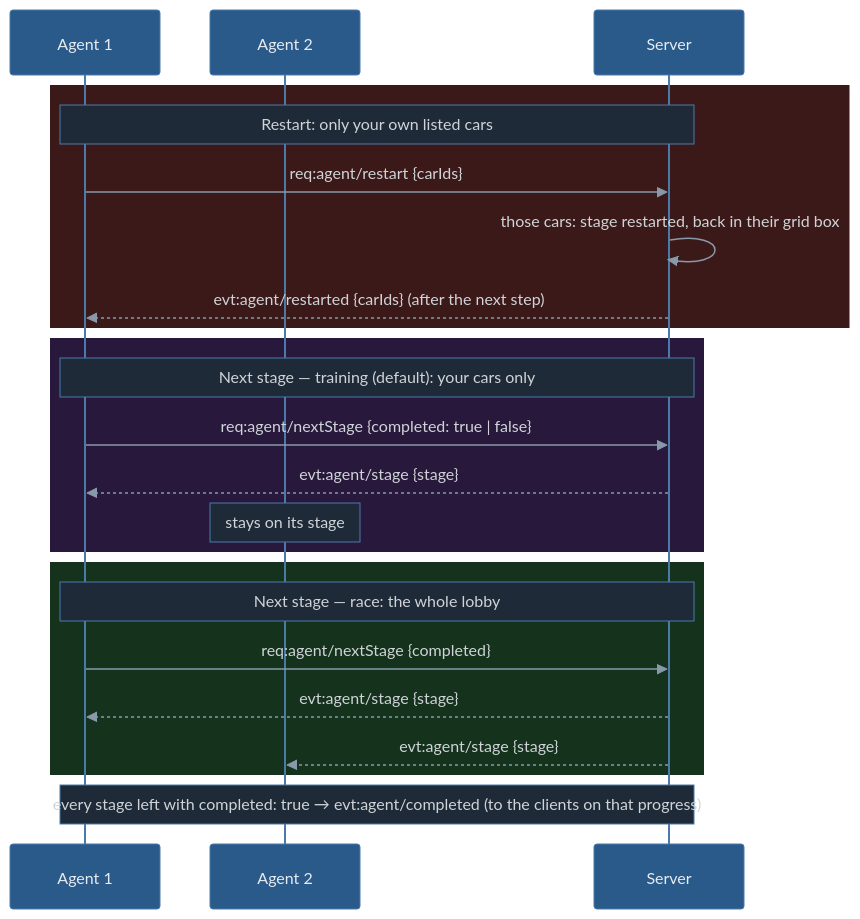
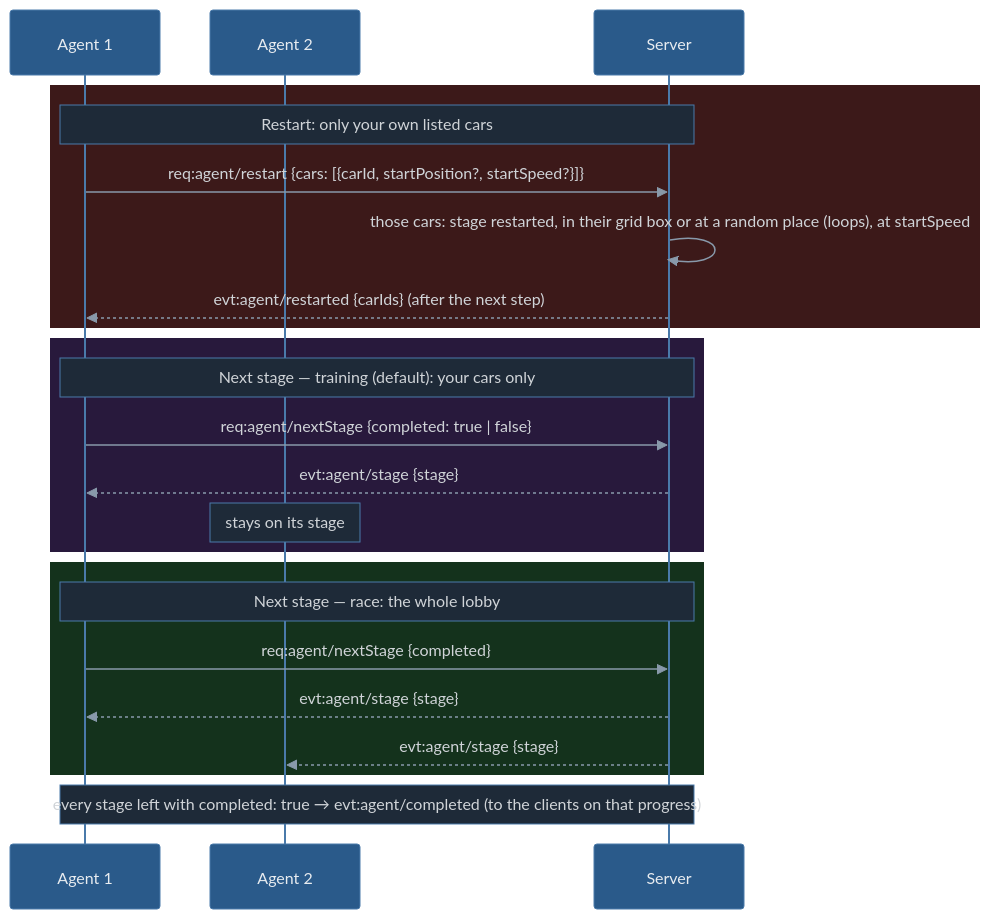
Before and after one commit to RamboRoland/formulai: the third of 4 diagrams in .personal/websocket.md, drawn with Mermaid. The commit also changed other lines of this file and 15 other files, not shown here.

First line of the commit message:
feat(server)!: restart cars at a random place and a start speed

````diff
--- a/.personal/websocket.md
+++ b/.personal/websocket.md
@@ -129,30 +129,30 @@
 ```mermaid
 %%{init: {'theme': 'base', 'themeVariables': {'background': 'transparent', 'primaryColor': '#2a5a8a', 'primaryTextColor': '#e0e0e0', 'primaryBorderColor': '#4a7aaa', 'lineColor': '#8899aa', 'signalColor': '#8899aa', 'signalTextColor': '#d0d4d8', 'noteTextColor': '#d0d4d8', 'noteBkgColor': '#1e2a38', 'noteBorderColor': '#4a7aaa', 'actorBkg': '#2a5a8a', 'actorTextColor': '#e8ecf0', 'actorBorder': '#4a7aaa', 'labelTextColor': '#e0e0e0', 'loopTextColor': '#e0e0e0', 'labelBoxBkgColor': '#2a5a8a', 'labelBoxBorderColor': '#4a7aaa', 'activationBkgColor': '#1e2a38', 'activationBorderColor': '#4a7aaa'}}}%%
 sequenceDiagram
     participant A1 as Agent 1
     participant A2 as Agent 2
     participant S as Server
 
     rect rgb(60, 25, 25)
         Note over A1,S: Restart: only your own listed cars
-        A1->>S: req:agent/restart {carIds}
-        S->>S: those cars: stage restarted, back in their grid box
+        A1->>S: req:agent/restart {cars: [{carId, startPosition?, startSpeed?}]}
+        S->>S: those cars: stage restarted, in their grid box or at a random place (loops), at startSpeed
         S-->>A1: evt:agent/restarted {carIds} (after the next step)
     end
 
     rect rgb(40, 25, 60)
         Note over A1,S: Next stage — training (default): your cars only
         A1->>S: req:agent/nextStage {completed: true | false}
         S-->>A1: evt:agent/stage {stage}
         Note over A2: stays on its stage
     end
 
     rect rgb(20, 50, 28)
         Note over A1,S: Next stage — race: the whole lobby
         A1->>S: req:agent/nextStage {completed}
         S-->>A1: evt:agent/stage {stage}
         S-->>A2: evt:agent/stage {stage}
     end
 
     Note over A1,S: every stage left with completed: true → evt:agent/completed (to the clients on that progress)
 ```
````
